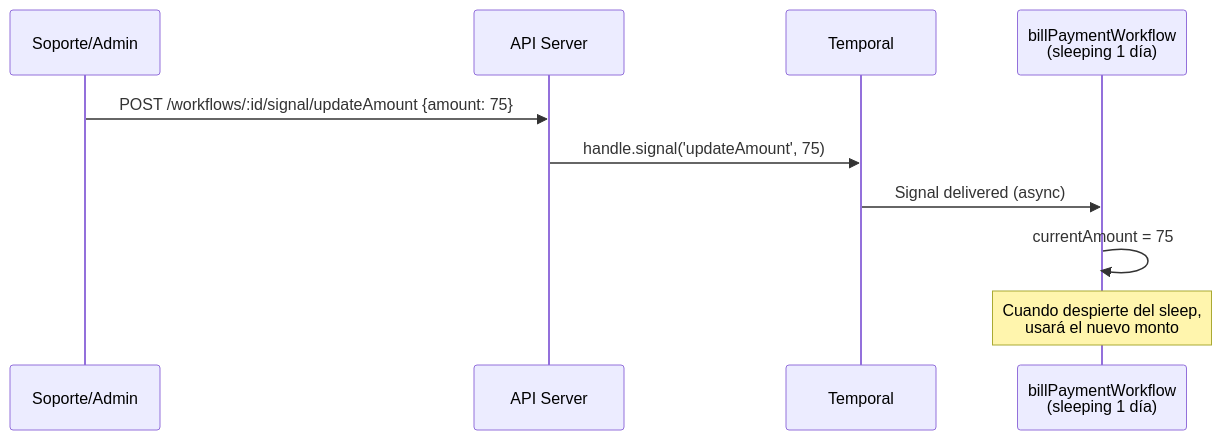
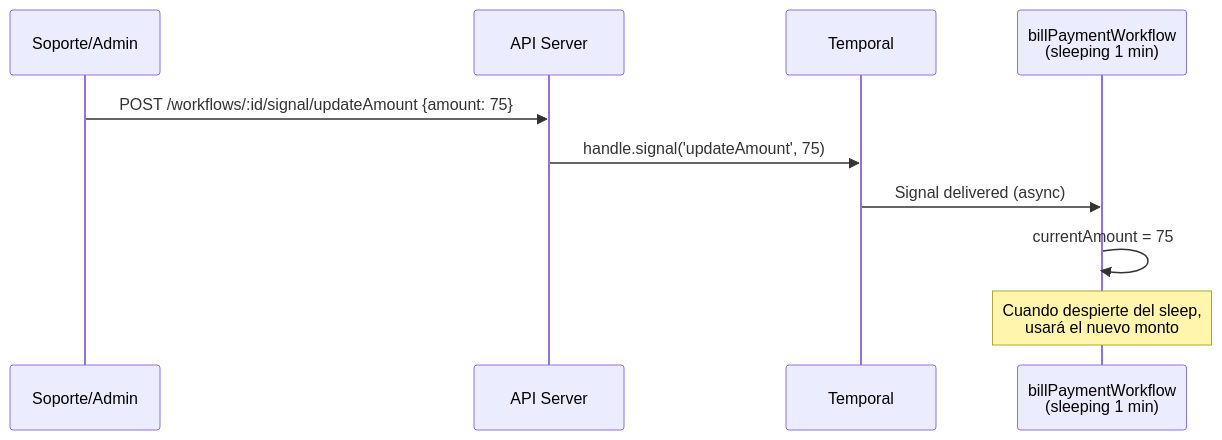
One commit to anelivaldes-tw/automations changed the sixth of 7 diagrams in pocs/poc-recurring-payments/README.md. Above: the diagram before and after it, drawn with Mermaid. The commit also changed other lines of this file, not shown here.

First line of the commit message:
docs(poc): rewrite README for domain-owned notifications architecture

````diff
--- a/pocs/poc-recurring-payments/README.md
+++ b/pocs/poc-recurring-payments/README.md
@@ -667,13 +682,13 @@
 ```mermaid
 sequenceDiagram
     participant U as Soporte/Admin
     participant API as API Server
     participant T as Temporal
-    participant W as billPaymentWorkflow<br/>(sleeping 1 día)
+    participant W as billPaymentWorkflow<br/>(sleeping 1 min)
 
     U->>API: POST /workflows/:id/signal/updateAmount {amount: 75}
     API->>T: handle.signal('updateAmount', 75)
     T->>W: Signal delivered (async)
     W->>W: currentAmount = 75
     Note over W: Cuando despierte del sleep,<br/>usará el nuevo monto
 ```
````
